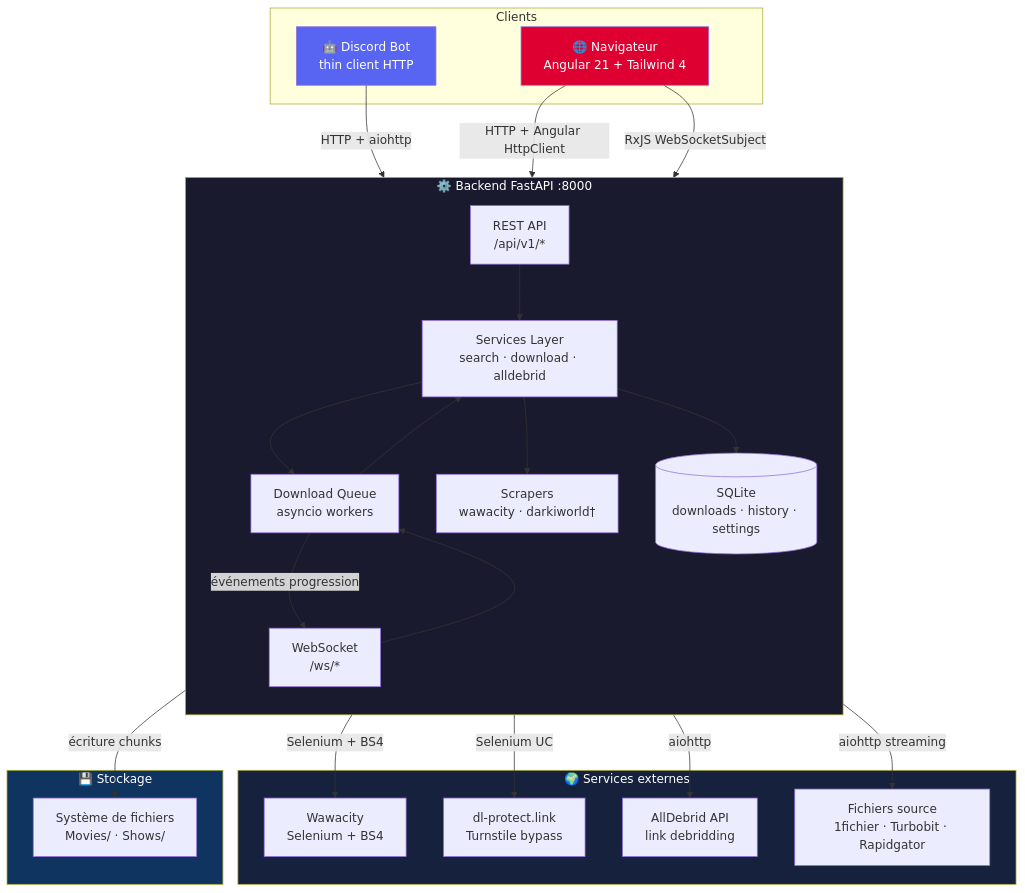
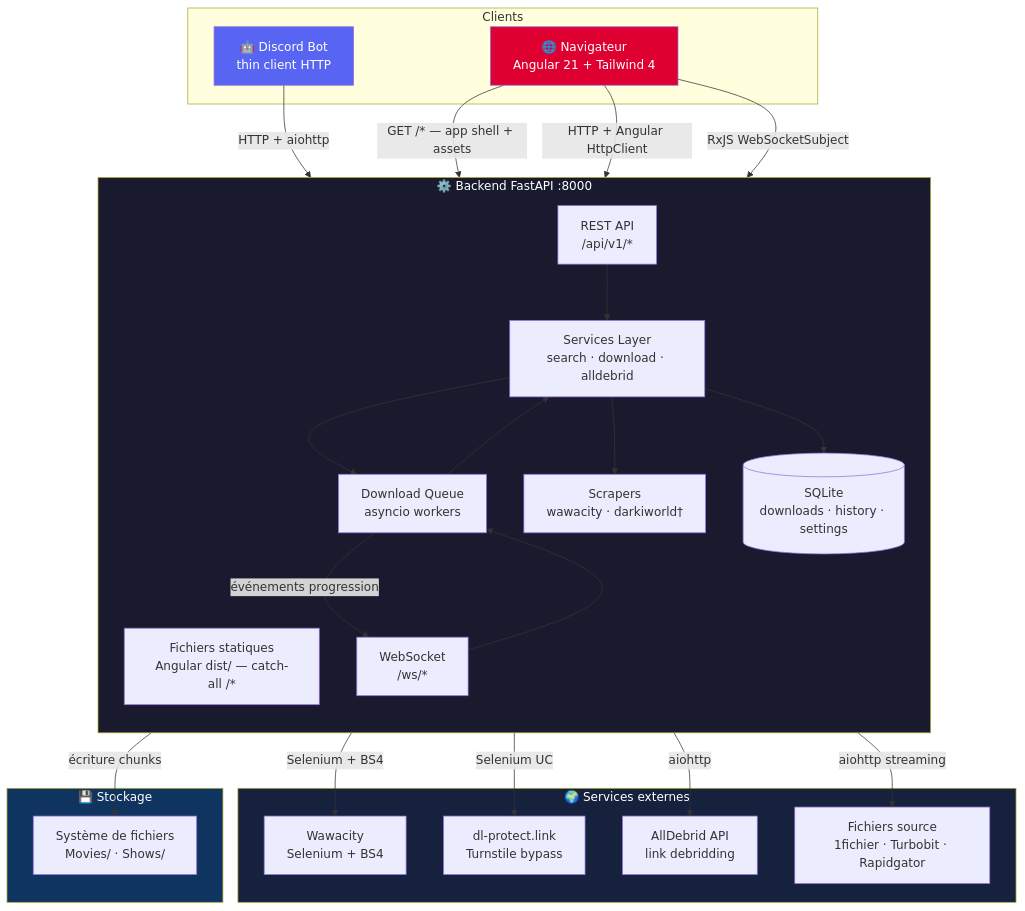
One commit to Gon3s/dl_discord_bot changed the first of 7 diagrams in docs/architecture-v2.md. Above: the diagram before and after it, drawn with Mermaid. The commit also changed other lines of this file and 13 other files, not shown here.

````diff
--- a/docs/architecture-v2.md
+++ b/docs/architecture-v2.md
@@ -5,52 +5,54 @@
 ```mermaid
 graph TB
     subgraph Clients
         DC[🤖 Discord Bot<br/>thin client HTTP]
         WB[🌐 Navigateur<br/>Angular 21 + Tailwind 4]
     end
 
     subgraph Backend["⚙️ Backend FastAPI :8000"]
         direction TB
+        SPA[Fichiers statiques<br/>Angular dist/ — catch-all /*]
         API[REST API<br/>/api/v1/*]
         WS[WebSocket<br/>/ws/*]
         SVC[Services Layer<br/>search · download · alldebrid]
         QUEUE[Download Queue<br/>asyncio workers]
         SCRAPERS[Scrapers<br/>wawacity · darkiworld†]
         DB[(SQLite<br/>downloads · history · settings)]
     end
 
     subgraph External["🌍 Services externes"]
         WAW[Wawacity<br/>Selenium + BS4]
         DLP[dl-protect.link<br/>Turnstile bypass]
         AD[AllDebrid API<br/>link debridding]
         CDN[Fichiers source<br/>1fichier · Turbobit · Rapidgator]
     end
 
     subgraph Storage["💾 Stockage"]
         FS[Système de fichiers<br/>Movies/ · Shows/]
     end
 
     DC -->|HTTP + aiohttp| API
+    WB -->|"GET /* — app shell + assets"| SPA
     WB -->|HTTP + Angular HttpClient| API
     WB -->|RxJS WebSocketSubject| WS
 
     API --> SVC
     WS --> QUEUE
     SVC --> QUEUE
     SVC --> SCRAPERS
     SVC --> DB
     QUEUE --> SVC
     QUEUE -->|événements progression| WS
 
     SCRAPERS -->|Selenium + BS4| WAW
     SCRAPERS -->|Selenium UC| DLP
     SVC -->|aiohttp| AD
     QUEUE -->|aiohttp streaming| CDN
     QUEUE -->|écriture chunks| FS
 
     style DC fill:#5865F2,color:#fff
     style WB fill:#DD0031,color:#fff
     style Backend fill:#1a1a2e,color:#fff
     style External fill:#16213e,color:#fff
     style Storage fill:#0f3460,color:#fff
 ```
````
